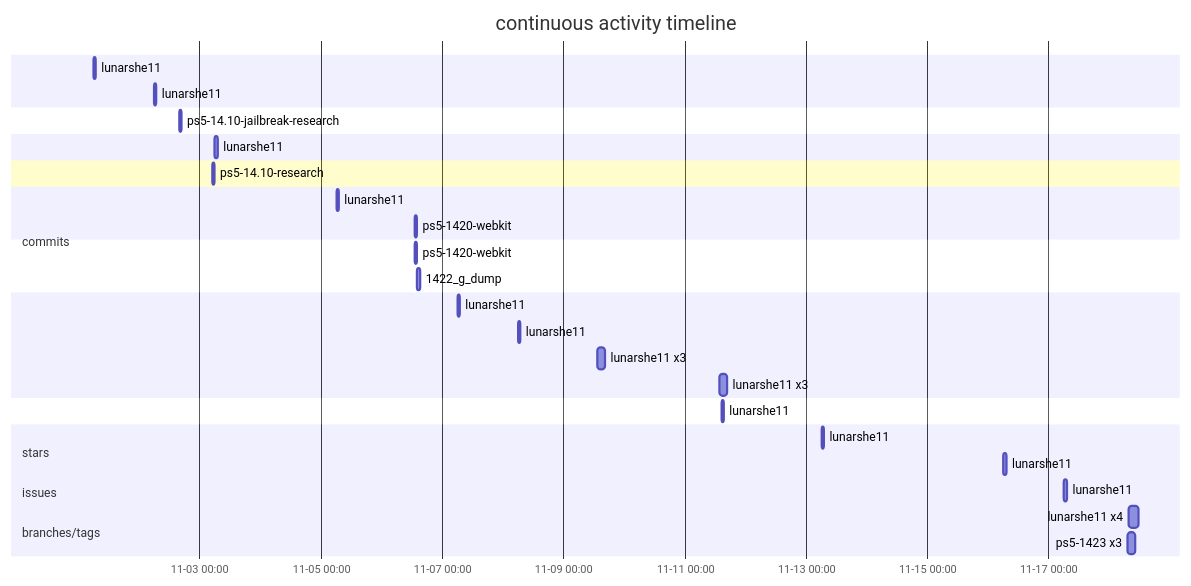
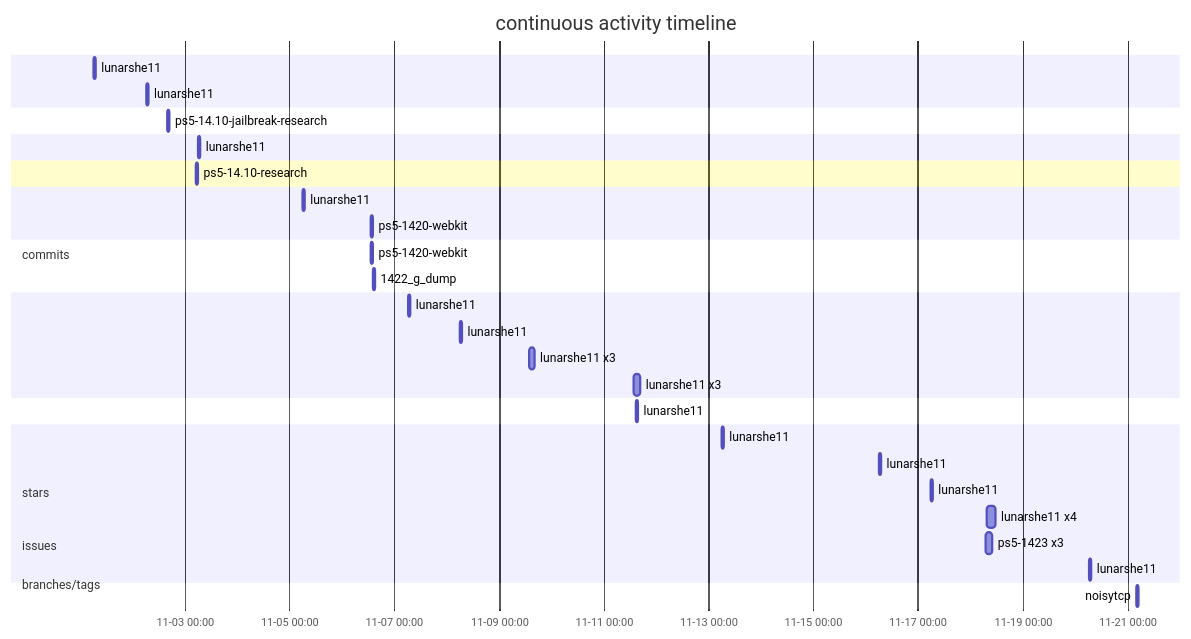
The first of 3 diagrams in README.md (lunarshe11/lunarshe11), drawn with Mermaid before and after one commit. The commit also changed other lines of this file, not shown here.

````diff
--- a/README.md
+++ b/README.md
@@ -13,34 +13,37 @@
 ```mermaid
 gantt
     title continuous activity timeline
     dateFormat  YYYY-MM-DD HH:mm
     axisFormat  %m-%d %H:%M
     section commits
         lunarshe11 :2026-11-01 06:05, 1h
         lunarshe11 :2026-11-02 06:05, 1h
     section stars
         ps5-14.10-jailbreak-research :2026-11-02 15:49, 1h
     section commits
         lunarshe11 :2026-11-03 06:05, 1h
     section issues
         ps5-14.10-research :2026-11-03 04:55, 1h
     section commits
         lunarshe11 :2026-11-05 06:05, 1h
         ps5-1420-webkit :2026-11-06 13:07, 1h
     section branches/tags
         ps5-1420-webkit :2026-11-06 12:59, 1h
         1422_g_dump :2026-11-06 14:11, 1h
     section commits
         lunarshe11 :2026-11-07 06:05, 1h
         lunarshe11 :2026-11-08 06:05, 1h
         lunarshe11 x3 :2026-11-09 13:33, 3h
         lunarshe11 x3 :2026-11-11 13:37, 3h
     section stars
         lunarshe11 :2026-11-11 14:30, 1h
     section commits
         lunarshe11 :2026-11-13 06:05, 1h
         lunarshe11 :2026-11-16 06:05, 1h
         lunarshe11 :2026-11-17 06:05, 1h
         lunarshe11 x4 :2026-11-18 07:30, 4h
         ps5-1423 x3 :2026-11-18 07:08, 3h
+        lunarshe11 :2026-11-20 06:35, 1h
+    section stars
+        noisytcp :2026-11-21 04:10, 1h
 ```
````
